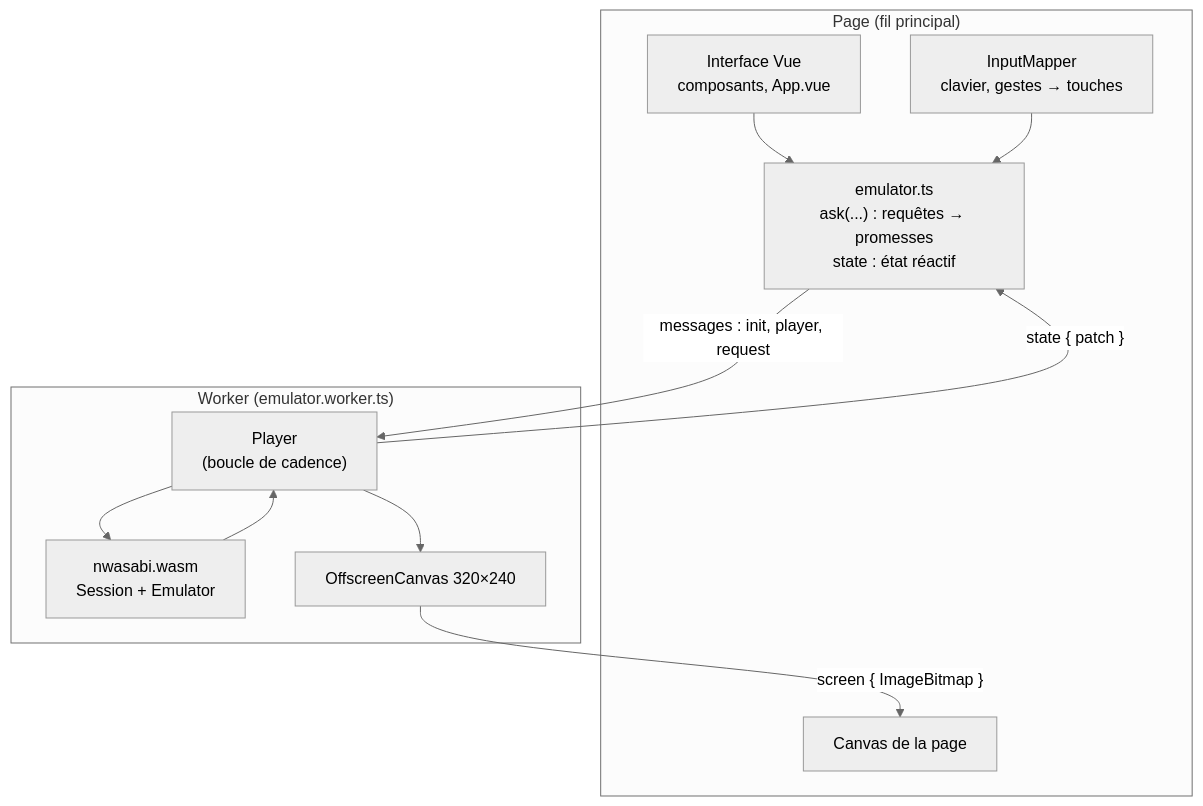
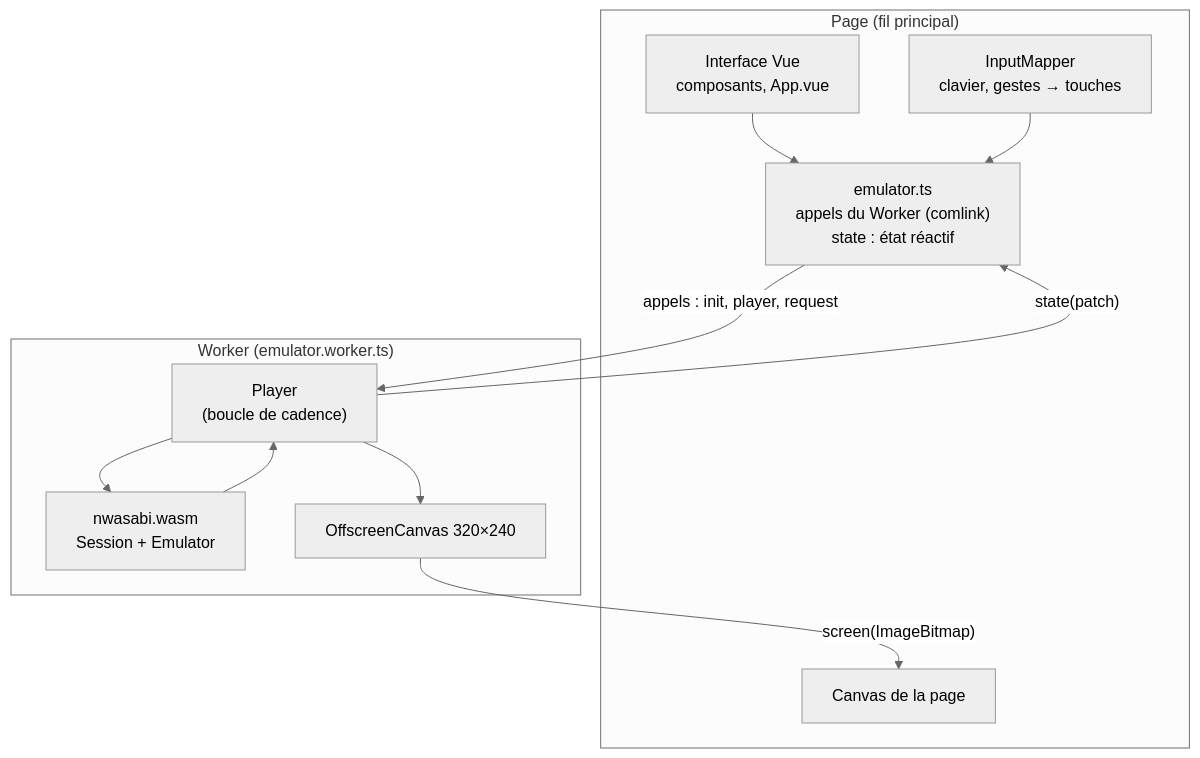
The diagram in docs/fonctionnement/hotes/web.md (Oignontom8283/nwasabi), drawn with Mermaid (neutral theme) before and after one commit. The commit also changed other lines of this file and 5 other files, not shown here.

Commit message:
refactor(web): the page and the Worker talk through typed calls (comlink) instead of numbered messages

````diff
--- a/docs/fonctionnement/hotes/web.md
+++ b/docs/fonctionnement/hotes/web.md
@@ -16,22 +16,22 @@
 ```mermaid
 flowchart TB
   subgraph page["Page (fil principal)"]
     ui["Interface Vue<br/>composants, App.vue"]
-    em["emulator.ts<br/>ask(...) : requêtes → promesses<br/>state : état réactif"]
+    em["emulator.ts<br/>appels du Worker (comlink)<br/>state : état réactif"]
     inp["InputMapper<br/>clavier, gestes → touches"]
     cv["Canvas de la page"]
   end
   subgraph wk["Worker (emulator.worker.ts)"]
     pl["Player<br/>(boucle de cadence)"]
     wasm["nwasabi.wasm<br/>Session + Emulator"]
     oc["OffscreenCanvas 320×240"]
   end
   ui --> em
   inp --> em
-  em -- "messages : init, player, request" --> pl
+  em -- "appels : init, player, request" --> pl
   pl --> wasm
   wasm --> pl
-  pl -- "state { patch }" --> em
+  pl -- "state(patch)" --> em
   pl --> oc
-  oc -- "screen { ImageBitmap }" --> cv
+  oc -- "screen(ImageBitmap)" --> cv
 ```
````
